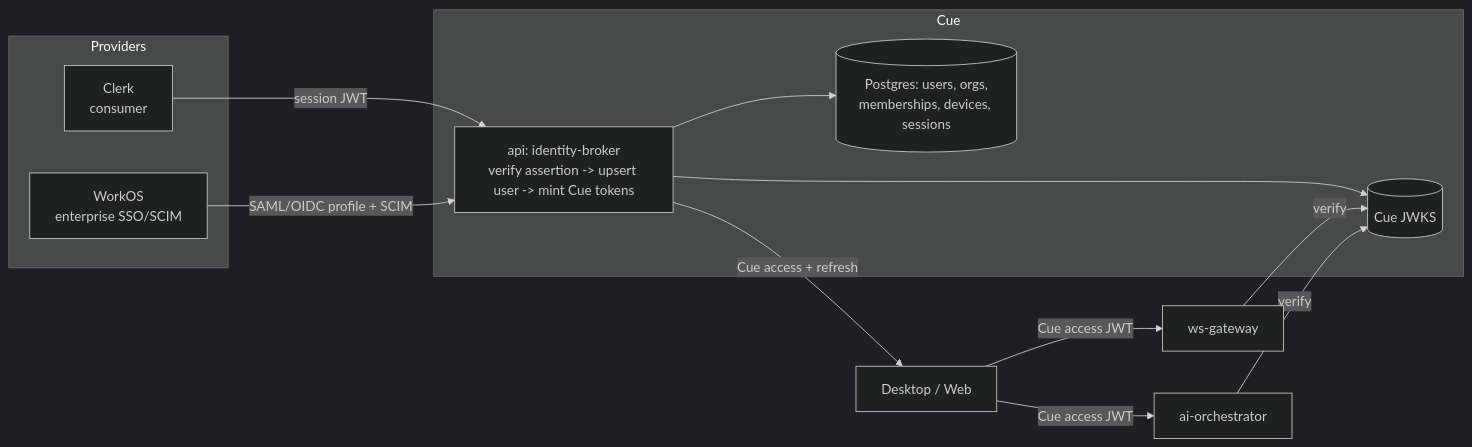
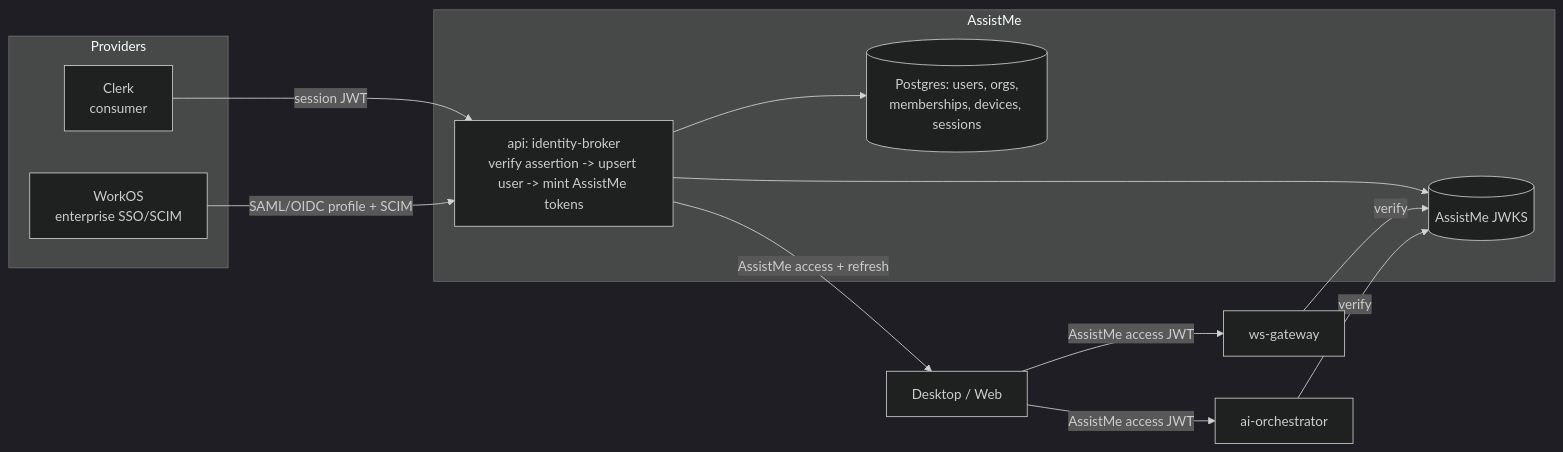
Before and after one commit to DarwinCamahalan/meeting-note-taker-ai: the first of 5 diagrams in docs/40-authentication.md, drawn with Mermaid (dark theme). The commit also changed other lines of this file and 60 other files, not shown here.

Commit message:
chore: rebrand Cue -> AssistMe (user-facing name across web/docs/desktop; @cue/* package scope, identifiers, protocol, env unchanged)

````diff
--- a/docs/40-authentication.md
+++ b/docs/40-authentication.md
@@ -38,21 +38,21 @@
 ```mermaid
 flowchart LR
   subgraph Providers
     C[Clerk<br/>consumer]
     W[WorkOS<br/>enterprise SSO/SCIM]
   end
-  subgraph Cue
-    B["api: identity-broker<br/>verify assertion -> upsert user -> mint Cue tokens"]
-    J[(Cue JWKS)]
+  subgraph AssistMe
+    B["api: identity-broker<br/>verify assertion -> upsert user -> mint AssistMe tokens"]
+    J[(AssistMe JWKS)]
     DB[(Postgres: users, orgs,<br/>memberships, devices, sessions)]
   end
   C -->|session JWT| B
   W -->|SAML/OIDC profile + SCIM| B
   B --> DB
   B --> J
-  B -->|Cue access + refresh| Clients[Desktop / Web]
-  Clients -->|Cue access JWT| WS[ws-gateway]
-  Clients -->|Cue access JWT| AO[ai-orchestrator]
+  B -->|AssistMe access + refresh| Clients[Desktop / Web]
+  Clients -->|AssistMe access JWT| WS[ws-gateway]
+  Clients -->|AssistMe access JWT| AO[ai-orchestrator]
   WS -->|verify| J
   AO -->|verify| J
 ```
````
